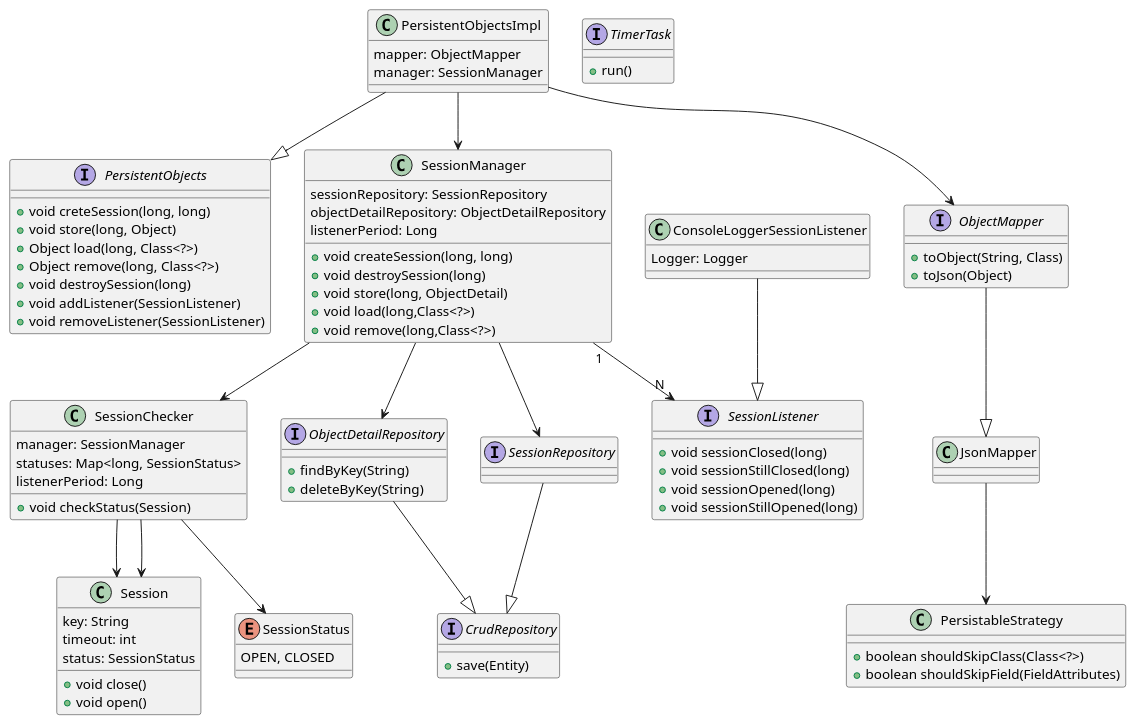
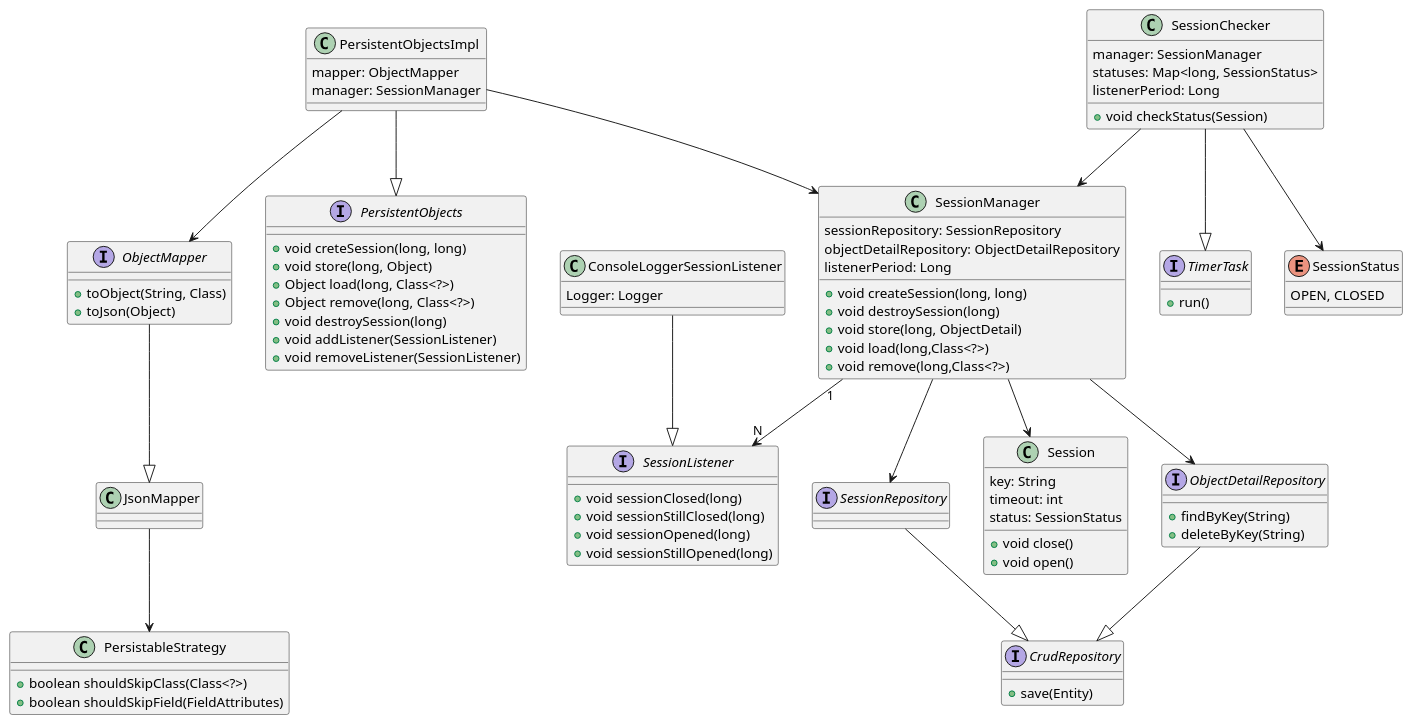
Before and after one commit to sebastiangilberto/utn-palg-2c2022-tp: the diagram in src/main/resources/static/diagrama-clases.PU, drawn with PlantUML. The commit also changed 2 other files, not shown here.

```diff
--- a/src/main/resources/static/diagrama-clases.PU
+++ b/src/main/resources/static/diagrama-clases.PU
@@ -1,106 +1,106 @@
 @startuml
 
 interface PersistentObjects {
   +void creteSession(long, long)
   +void store(long, Object)
   +Object load(long, Class<?>)
   +Object remove(long, Class<?>)
   +void destroySession(long)
   +void addListener(SessionListener)
   +void removeListener(SessionListener)
 }
 
 class PersistentObjectsImpl {
   mapper: ObjectMapper
   manager: SessionManager
 }
 
 interface SessionListener {
   +void sessionClosed(long)
   +void sessionStillClosed(long)
   +void sessionOpened(long)
   +void sessionStillOpened(long)
 }
 
 class ConsoleLoggerSessionListener {
   Logger: Logger
 }
 
 class Session {
   key: String
   timeout: int
   status: SessionStatus
   +void close()
   +void open()
 }
 
 class SessionManager {
   sessionRepository: SessionRepository
   objectDetailRepository: ObjectDetailRepository
   listenerPeriod: Long
   +void createSession(long, long)
   +void destroySession(long)
   +void store(long, ObjectDetail)
   +void load(long,Class<?>)
   +void remove(long,Class<?>)
 }
 
 class SessionChecker {
   manager: SessionManager
   statuses: Map<long, SessionStatus>
   listenerPeriod: Long
   +void checkStatus(Session)
 }
 
 
 interface TimerTask {
   +run()
 }
 
 interface ObjectMapper {
   +toObject(String, Class)
   +toJson(Object)
 }
 
 class PersistableStrategy {
 + boolean shouldSkipClass(Class<?>)
 + boolean shouldSkipField(FieldAttributes)
 }
 
 class JsonMapper {
 }
 
 interface ObjectDetailRepository {
   +findByKey(String)
   +deleteByKey(String)
 }
 
 interface SessionRepository {
 }
 
 interface CrudRepository{
   +save(Entity)
 }
 
 enum SessionStatus{
 OPEN, CLOSED
 }
 
 ConsoleLoggerSessionListener --|> SessionListener
 PersistentObjectsImpl --|> PersistentObjects
 PersistentObjectsImpl --> SessionManager
 PersistentObjectsImpl --> ObjectMapper
 SessionManager --> ObjectDetailRepository
 SessionManager --> SessionRepository
-SessionManager --> SessionChecker
-SessionChecker --> Session
-SessionChecker --> Session
+SessionManager --> Session
+SessionChecker --> SessionManager
+SessionChecker --|> TimerTask
 SessionChecker --> SessionStatus
 SessionManager "1" --> "N" SessionListener
 ObjectDetailRepository --|> CrudRepository
 SessionRepository --|> CrudRepository
 ObjectMapper --|> JsonMapper
 JsonMapper --> PersistableStrategy
 
 
 @enduml
```
